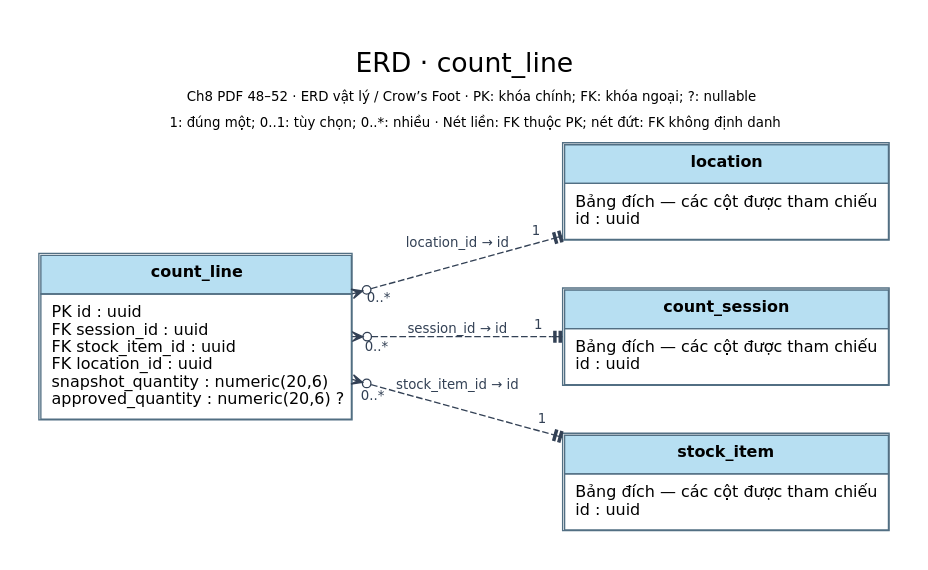
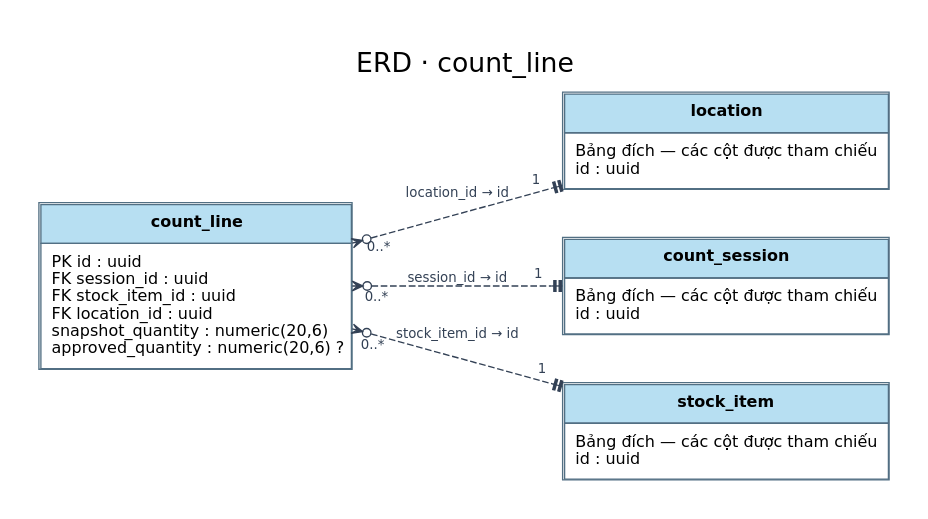
Before and after one commit to TEAM-DEV-FIVE/WMS_BA_2_0: the diagram in 03_So_do/Hien_hanh/dot/ERD_count_line.dot, drawn with Graphviz. The commit also changed 268 other files, not shown here.

Commit message:
docs: remove technical captions from current diagrams

```diff
--- a/03_So_do/Hien_hanh/dot/ERD_count_line.dot
+++ b/03_So_do/Hien_hanh/dot/ERD_count_line.dot
@@ -1,13 +1,13 @@
 digraph WMS {
 graph [rankdir=LR, bgcolor="white", nodesep=.5, ranksep=.9, pad=.3];
 node [shape=plain, fontname="DejaVu Sans", fontsize=12];
 edge [fontname="DejaVu Sans", fontsize=10, color="#334155", fontcolor="#334155", arrowsize=.8];
-label=<<TABLE BORDER="0" CELLBORDER="0" CELLPADDING="3"><TR><TD><FONT POINT-SIZE="20">ERD · count_line</FONT></TD></TR><TR><TD><FONT POINT-SIZE="10">Ch8 PDF 48–52 · ERD vật lý / Crow’s Foot · PK: khóa chính; FK: khóa ngoại; ?: nullable</FONT></TD></TR><TR><TD><FONT POINT-SIZE="10">1: đúng một; 0..1: tùy chọn; 0..*: nhiều · Nét liền: FK thuộc PK; nét đứt: FK không định danh</FONT></TD></TR></TABLE>>; labelloc=t; fontname="DejaVu Sans"; fontsize=16;
+label=<<TABLE BORDER="0" CELLBORDER="0" CELLPADDING="3"><TR><TD><FONT POINT-SIZE="20">ERD · count_line</FONT></TD></TR></TABLE>>; labelloc=t; fontname="DejaVu Sans"; fontsize=16;
 "count_line" [label=<<TABLE BORDER="1" CELLBORDER="1" CELLSPACING="0" CELLPADDING="7" COLOR="#526f83"><TR><TD BGCOLOR="#b7dff2"><B>count_line</B></TD></TR><TR><TD ALIGN="LEFT" BALIGN="LEFT">PK id : uuid<BR ALIGN="LEFT"/>FK session_id : uuid<BR ALIGN="LEFT"/>FK stock_item_id : uuid<BR ALIGN="LEFT"/>FK location_id : uuid<BR ALIGN="LEFT"/>snapshot_quantity : numeric(20,6)<BR ALIGN="LEFT"/>approved_quantity : numeric(20,6) ?</TD></TR></TABLE>>];
 "location" [label=<<TABLE BORDER="1" CELLBORDER="1" CELLSPACING="0" CELLPADDING="7" COLOR="#526f83"><TR><TD BGCOLOR="#b7dff2"><B>location</B></TD></TR><TR><TD ALIGN="LEFT" BALIGN="LEFT">Bảng đích — các cột được tham chiếu<BR ALIGN="LEFT"/>id : uuid</TD></TR></TABLE>>];
 "count_session" [label=<<TABLE BORDER="1" CELLBORDER="1" CELLSPACING="0" CELLPADDING="7" COLOR="#526f83"><TR><TD BGCOLOR="#b7dff2"><B>count_session</B></TD></TR><TR><TD ALIGN="LEFT" BALIGN="LEFT">Bảng đích — các cột được tham chiếu<BR ALIGN="LEFT"/>id : uuid</TD></TR></TABLE>>];
 "stock_item" [label=<<TABLE BORDER="1" CELLBORDER="1" CELLSPACING="0" CELLPADDING="7" COLOR="#526f83"><TR><TD BGCOLOR="#b7dff2"><B>stock_item</B></TD></TR><TR><TD ALIGN="LEFT" BALIGN="LEFT">Bảng đích — các cột được tham chiếu<BR ALIGN="LEFT"/>id : uuid</TD></TR></TABLE>>];
 "count_line" -> "location" [label="location_id → id", dir="both", arrowtail="crowodot", arrowhead="teetee", taillabel="0..*", headlabel="1", labeldistance="2", style="dashed"];
 "count_line" -> "count_session" [label="session_id → id", dir="both", arrowtail="crowodot", arrowhead="teetee", taillabel="0..*", headlabel="1", labeldistance="2", style="dashed"];
 "count_line" -> "stock_item" [label="stock_item_id → id", dir="both", arrowtail="crowodot", arrowhead="teetee", taillabel="0..*", headlabel="1", labeldistance="2", style="dashed"];
 }
```
